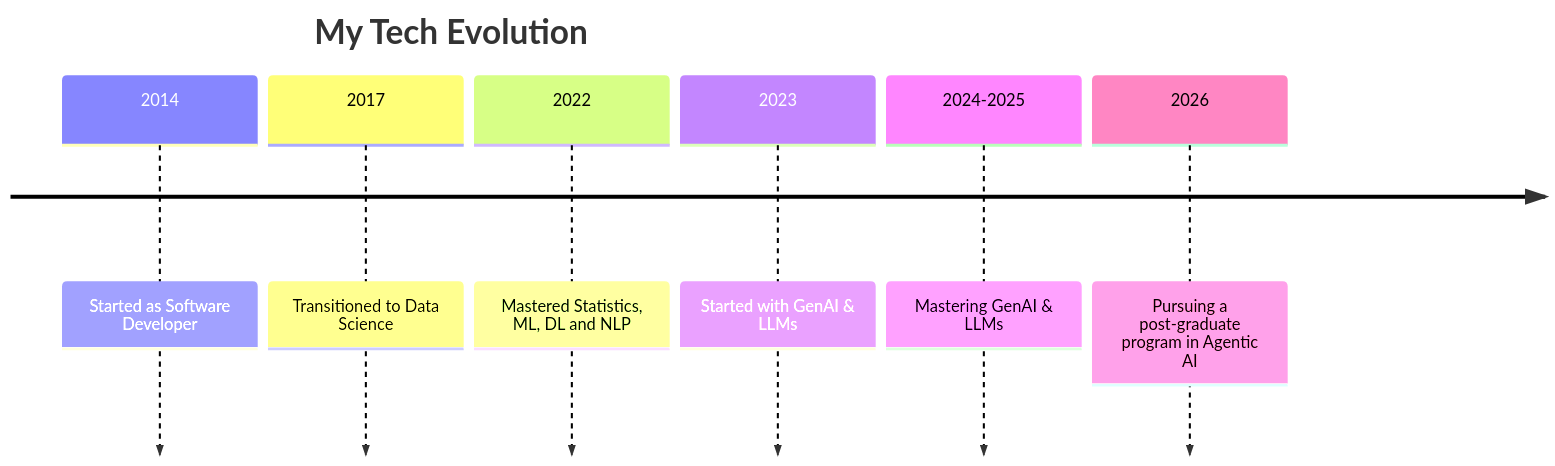
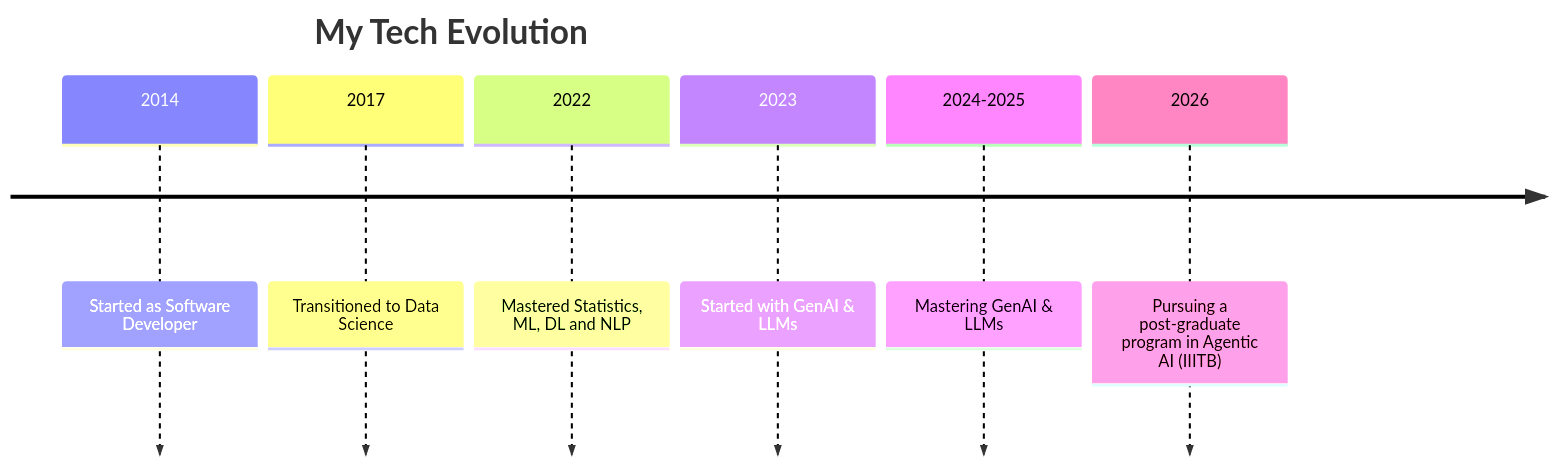
Before and after one commit to nikhilniksss/nikhilniksss: the first of 2 diagrams in README.md, drawn with Mermaid.

````diff
--- a/README.md
+++ b/README.md
@@ -8,10 +8,10 @@
 ```mermaid
 timeline
     title My Tech Evolution
     2014 : Started as Software Developer
     2017 : Transitioned to Data Science
     2022 : Mastered Statistics, ML, DL and NLP
     2023 : Started with GenAI & LLMs
     2024-2025 : Mastering GenAI & LLMs
-    2026 : Pursuing a post-graduate program in Agentic AI 
+    2026 : Pursuing a post-graduate program in Agentic AI (IIITB)
 ```
````
